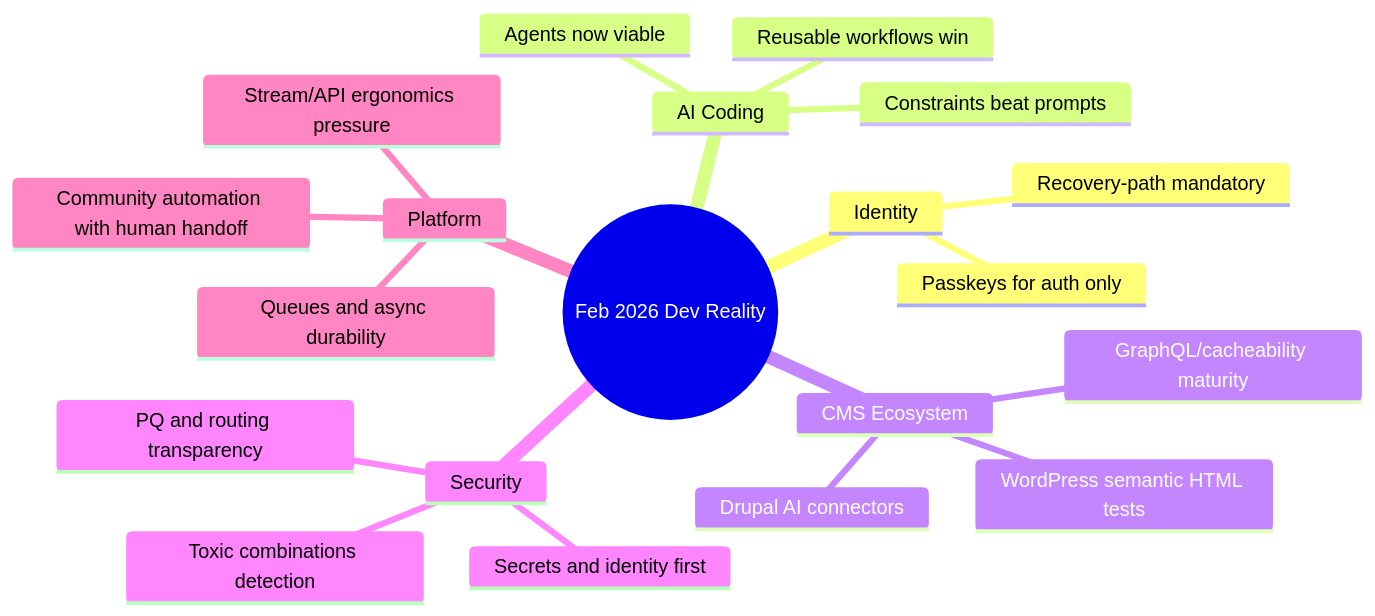
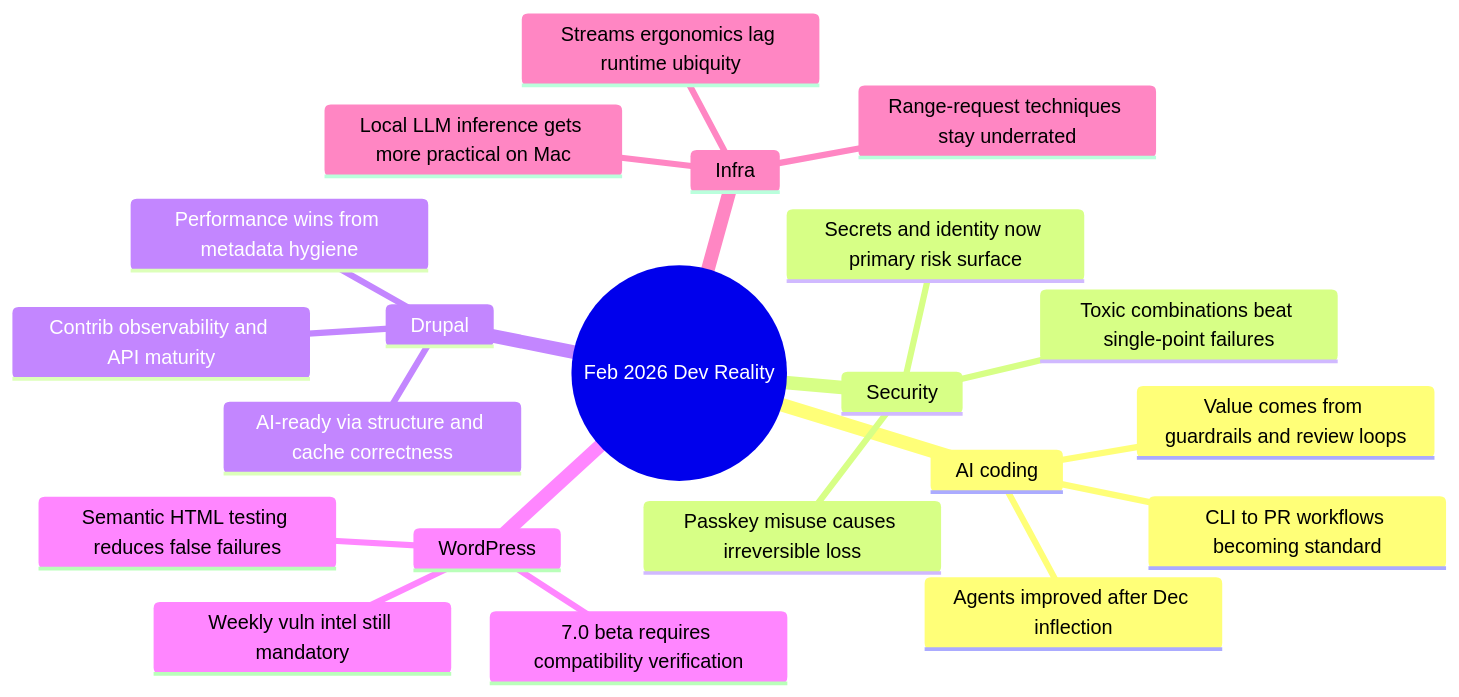
The diagram in blog/2026-02-28-please-please-please-stop-using-passkeys-for-encrypting-user.md (victorstack-ai/agent-blog), drawn with Mermaid before and after one commit. The commit also changed other lines of this file, not shown here.

Commit message:
Publish learning devlog: 2026-02-28-please-please-please-stop-using-passkeys-for-encrypting-user

````diff
--- a/blog/2026-02-28-please-please-please-stop-using-passkeys-for-encrypting-user.md
+++ b/blog/2026-02-28-please-please-please-stop-using-passkeys-for-encrypting-user.md
@@ -132,23 +156,24 @@
 ```mermaid
 mindmap
   root((Feb 2026 Dev Reality))
-    Identity
-      Passkeys for auth only
-      Recovery-path mandatory
-    AI Coding
-      Agents now viable
-      Constraints beat prompts
-      Reusable workflows win
-    CMS Ecosystem
-      Drupal AI connectors
-      GraphQL/cacheability maturity
-      WordPress semantic HTML tests
+    AI coding
+      Agents improved after Dec inflection
+      Value comes from guardrails and review loops
+      CLI to PR workflows becoming standard
     Security
-      Secrets and identity first
-      Toxic combinations detection
-      PQ and routing transparency
-    Platform
-      Queues and async durability
-      Stream/API ergonomics pressure
-      Community automation with human handoff
+      Passkey misuse causes irreversible loss
+      Toxic combinations beat single-point failures
+      Secrets and identity now primary risk surface
+    Drupal
+      AI-ready via structure and cache correctness
+      Contrib observability and API maturity
+      Performance wins from metadata hygiene
+    WordPress
+      Semantic HTML testing reduces false failures
+      7.0 beta requires compatibility verification
+      Weekly vuln intel still mandatory
+    Infra
+      Range-request techniques stay underrated
+      Streams ergonomics lag runtime ubiquity
+      Local LLM inference gets more practical on Mac
 ```
````
